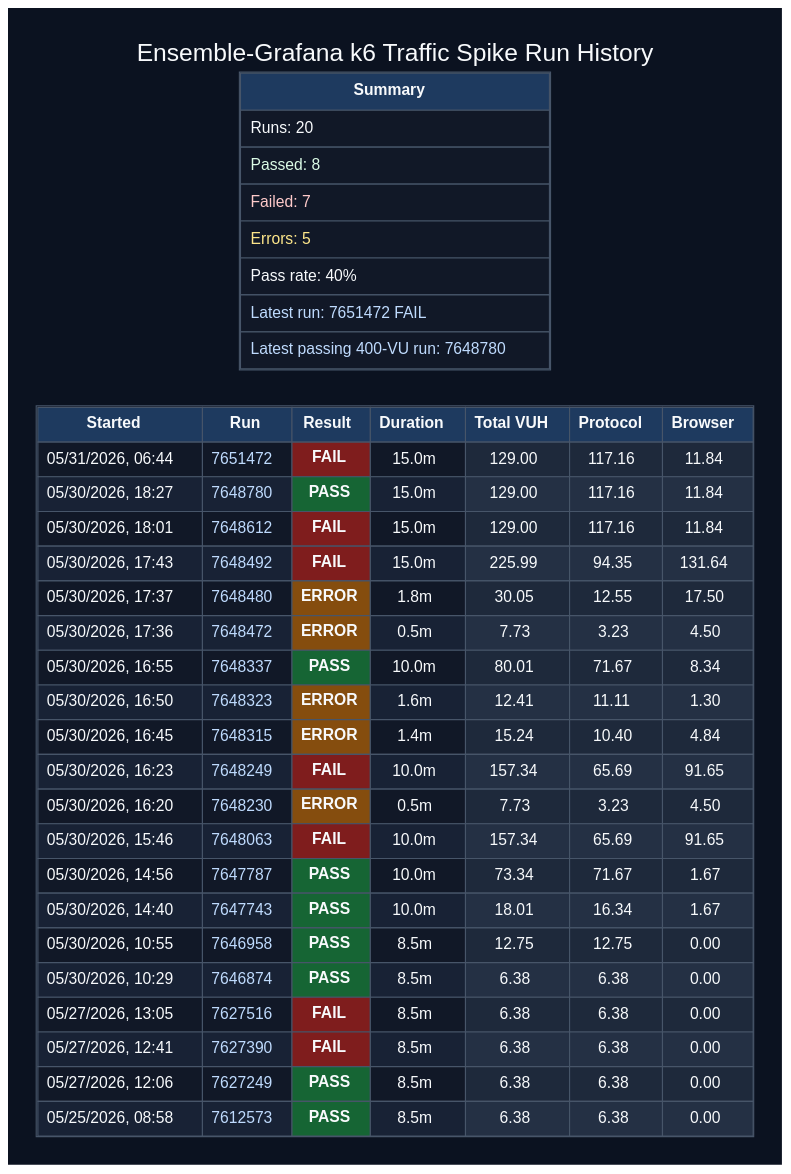
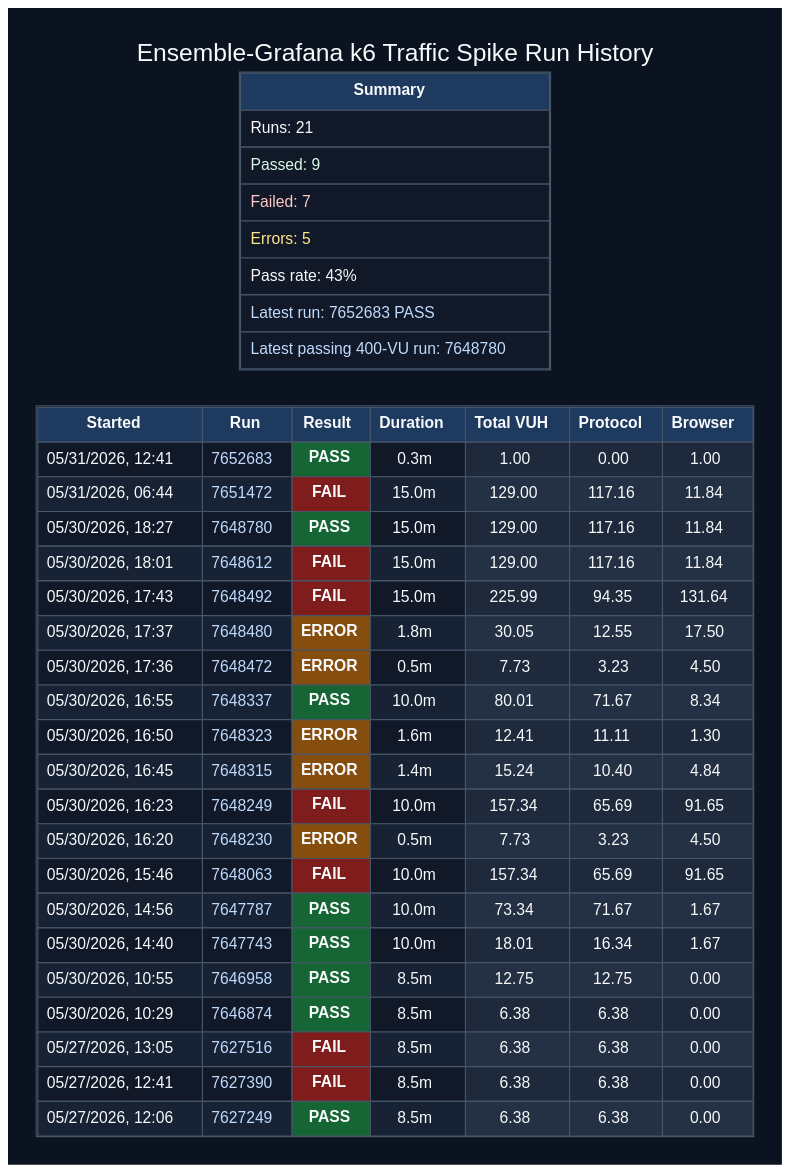
The diagram in docs/graphviz/load-run-table.dot (orenlion1/ensemble-retail), drawn with Graphviz before and after one commit. The commit also changed 23 other files, not shown here.

```diff
--- a/docs/graphviz/load-run-table.dot
+++ b/docs/graphviz/load-run-table.dot
@@ -31,53 +31,107 @@
           <TD BGCOLOR="#1e3a5f"><FONT COLOR="#f8fafc"><B>Browser</B></FONT></TD>
         </TR>
         <TR>
-          <TD BGCOLOR="#111827"><FONT COLOR="#f8fafc">05/31/2026, 06:44</FONT></TD>
-          <TD BGCOLOR="#111827"><FONT COLOR="#bfdbfe">7651472</FONT></TD>
+          <TD BGCOLOR="#111827"><FONT COLOR="#f8fafc">05/31/2026, 12:41</FONT></TD>
+          <TD BGCOLOR="#111827"><FONT COLOR="#bfdbfe">7652683</FONT></TD>
+          <TD BGCOLOR="#166534"><FONT COLOR="#f8fafc"><B>PASS</B></FONT></TD>
+          <TD BGCOLOR="#111827"><FONT COLOR="#f8fafc">0.3m</FONT></TD>
+          <TD BGCOLOR="#1e293b"><FONT COLOR="#f8fafc">1.00</FONT></TD>
+          <TD BGCOLOR="#1e293b"><FONT COLOR="#f8fafc">0.00</FONT></TD>
+          <TD BGCOLOR="#1e293b"><FONT COLOR="#f8fafc">1.00</FONT></TD>
+        </TR>
+        <TR>
+          <TD BGCOLOR="#182235"><FONT COLOR="#f8fafc">05/31/2026, 06:44</FONT></TD>
+          <TD BGCOLOR="#182235"><FONT COLOR="#bfdbfe">7651472</FONT></TD>
           <TD BGCOLOR="#7f1d1d"><FONT COLOR="#f8fafc"><B>FAIL</B></FONT></TD>
+          <TD BGCOLOR="#182235"><FONT COLOR="#f8fafc">15.0m</FONT></TD>
+          <TD BGCOLOR="#243044"><FONT COLOR="#f8fafc">129.00</FONT></TD>
+          <TD BGCOLOR="#243044"><FONT COLOR="#f8fafc">117.16</FONT></TD>
+          <TD BGCOLOR="#243044"><FONT COLOR="#f8fafc">11.84</FONT></TD>
+        </TR>
+        <TR>
+          <TD BGCOLOR="#111827"><FONT COLOR="#f8fafc">05/30/2026, 18:27</FONT></TD>
+          <TD BGCOLOR="#111827"><FONT COLOR="#bfdbfe">7648780</FONT></TD>
+          <TD BGCOLOR="#166534"><FONT COLOR="#f8fafc"><B>PASS</B></FONT></TD>
           <TD BGCOLOR="#111827"><FONT COLOR="#f8fafc">15.0m</FONT></TD>
           <TD BGCOLOR="#1e293b"><FONT COLOR="#f8fafc">129.00</FONT></TD>
           <TD BGCOLOR="#1e293b"><FONT COLOR="#f8fafc">117.16</FONT></TD>
           <TD BGCOLOR="#1e293b"><FONT COLOR="#f8fafc">11.84</FONT></TD>
         </TR>
         <TR>
-          <TD BGCOLOR="#182235"><FONT COLOR="#f8fafc">05/30/2026, 18:27</FONT></TD>
-          <TD BGCOLOR="#182235"><FONT COLOR="#bfdbfe">7648780</FONT></TD>
-          <TD BGCOLOR="#166534"><FONT COLOR="#f8fafc"><B>PASS</B></FONT></TD>
+          <TD BGCOLOR="#182235"><FONT COLOR="#f8fafc">05/30/2026, 18:01</FONT></TD>
+          <TD BGCOLOR="#182235"><FONT COLOR="#bfdbfe">7648612</FONT></TD>
+          <TD BGCOLOR="#7f1d1d"><FONT COLOR="#f8fafc"><B>FAIL</B></FONT></TD>
           <TD BGCOLOR="#182235"><FONT COLOR="#f8fafc">15.0m</FONT></TD>
           <TD BGCOLOR="#243044"><FONT COLOR="#f8fafc">129.00</FONT></TD>
           <TD BGCOLOR="#243044"><FONT COLOR="#f8fafc">117.16</FONT></TD>
           <TD BGCOLOR="#243044"><FONT COLOR="#f8fafc">11.84</FONT></TD>
         </TR>
         <TR>
-          <TD BGCOLOR="#111827"><FONT COLOR="#f8fafc">05/30/2026, 18:01</FONT></TD>
-          <TD BGCOLOR="#111827"><FONT COLOR="#bfdbfe">7648612</FONT></TD>
+          <TD BGCOLOR="#111827"><FONT COLOR="#f8fafc">05/30/2026, 17:43</FONT></TD>
+          <TD BGCOLOR="#111827"><FONT COLOR="#bfdbfe">7648492</FONT></TD>
           <TD BGCOLOR="#7f1d1d"><FONT COLOR="#f8fafc"><B>FAIL</B></FONT></TD>
           <TD BGCOLOR="#111827"><FONT COLOR="#f8fafc">15.0m</FONT></TD>
-          <TD BGCOLOR="#1e293b"><FONT COLOR="#f8fafc">129.00</FONT></TD>
-          <TD BGCOLOR="#1e293b"><FONT COLOR="#f8fafc">117.16</FONT></TD>
-          <TD BGCOLOR="#1e293b"><FONT COLOR="#f8fafc">11.84</FONT></TD>
+          <TD BGCOLOR="#1e293b"><FONT COLOR="#f8fafc">225.99</FONT></TD>
+          <TD BGCOLOR="#1e293b"><FONT COLOR="#f8fafc">94.35</FONT></TD>
+          <TD BGCOLOR="#1e293b"><FONT COLOR="#f8fafc">131.64</FONT></TD>
         </TR>
         <TR>
-          <TD BGCOLOR="#182235"><FONT COLOR="#f8fafc">05/30/2026, 17:43</FONT></TD>
-          <TD BGCOLOR="#182235"><FONT COLOR="#bfdbfe">7648492</FONT></TD>
-          <TD BGCOLOR="#7f1d1d"><FONT COLOR="#f8fafc"><B>FAIL</B></FONT></TD>
-          <TD BGCOLOR="#182235"><FONT COLOR="#f8fafc">15.0m</FONT></TD>
-          <TD BGCOLOR="#243044"><FONT COLOR="#f8fafc">225.99</FONT></TD>
-          <TD BGCOLOR="#243044"><FONT COLOR="#f8fafc">94.35</FONT></TD>
-          <TD BGCOLOR="#243044"><FONT COLOR="#f8fafc">131.64</FONT></TD>
+          <TD BGCOLOR="#182235"><FONT COLOR="#f8fafc">05/30/2026, 17:37</FONT></TD>
+          <TD BGCOLOR="#182235"><FONT COLOR="#bfdbfe">7648480</FONT></TD>
+          <TD BGCOLOR="#854d0e"><FONT COLOR="#f8fafc"><B>ERROR</B></FONT></TD>
+          <TD BGCOLOR="#182235"><FONT COLOR="#f8fafc">1.8m</FONT></TD>
+          <TD BGCOLOR="#243044"><FONT COLOR="#f8fafc">30.05</FONT></TD>
+          <TD BGCOLOR="#243044"><FONT COLOR="#f8fafc">12.55</FONT></TD>
+          <TD BGCOLOR="#243044"><FONT COLOR="#f8fafc">17.50</FONT></TD>
         </TR>
         <TR>
-          <TD BGCOLOR="#111827"><FONT COLOR="#f8fafc">05/30/2026, 17:37</FONT></TD>
-          <TD BGCOLOR="#111827"><FONT COLOR="#bfdbfe">7648480</FONT></TD>
+          <TD BGCOLOR="#111827"><FONT COLOR="#f8fafc">05/30/2026, 17:36</FONT></TD>
+          <TD BGCOLOR="#111827"><FONT COLOR="#bfdbfe">7648472</FONT></TD>
           <TD BGCOLOR="#854d0e"><FONT COLOR="#f8fafc"><B>ERROR</B></FONT></TD>
-          <TD BGCOLOR="#111827"><FONT COLOR="#f8fafc">1.8m</FONT></TD>
-          <TD BGCOLOR="#1e293b"><FONT COLOR="#f8fafc">30.05</FONT></TD>
-          <TD BGCOLOR="#1e293b"><FONT COLOR="#f8fafc">12.55</FONT></TD>
-          <TD BGCOLOR="#1e293b"><FONT COLOR="#f8fafc">17.50</FONT></TD>
+          <TD BGCOLOR="#111827"><FONT COLOR="#f8fafc">0.5m</FONT></TD>
+          <TD BGCOLOR="#1e293b"><FONT COLOR="#f8fafc">7.73</FONT></TD>
+          <TD BGCOLOR="#1e293b"><FONT COLOR="#f8fafc">3.23</FONT></TD>
+          <TD BGCOLOR="#1e293b"><FONT COLOR="#f8fafc">4.50</FONT></TD>
         </TR>
         <TR>
-          <TD BGCOLOR="#182235"><FONT COLOR="#f8fafc">05/30/2026, 17:36</FONT></TD>
-          <TD BGCOLOR="#182235"><FONT COLOR="#bfdbfe">7648472</FONT></TD>
+          <TD BGCOLOR="#182235"><FONT COLOR="#f8fafc">05/30/2026, 16:55</FONT></TD>
+          <TD BGCOLOR="#182235"><FONT COLOR="#bfdbfe">7648337</FONT></TD>
+          <TD BGCOLOR="#166534"><FONT COLOR="#f8fafc"><B>PASS</B></FONT></TD>
+          <TD BGCOLOR="#182235"><FONT COLOR="#f8fafc">10.0m</FONT></TD>
+          <TD BGCOLOR="#243044"><FONT COLOR="#f8fafc">80.01</FONT></TD>
+          <TD BGCOLOR="#243044"><FONT COLOR="#f8fafc">71.67</FONT></TD>
+          <TD BGCOLOR="#243044"><FONT COLOR="#f8fafc">8.34</FONT></TD>
+        </TR>
+        <TR>
+          <TD BGCOLOR="#111827"><FONT COLOR="#f8fafc">05/30/2026, 16:50</FONT></TD>
+          <TD BGCOLOR="#111827"><FONT COLOR="#bfdbfe">7648323</FONT></TD>
+          <TD BGCOLOR="#854d0e"><FONT COLOR="#f8fafc"><B>ERROR</B></FONT></TD>
+          <TD BGCOLOR="#111827"><FONT COLOR="#f8fafc">1.6m</FONT></TD>
+          <TD BGCOLOR="#1e293b"><FONT COLOR="#f8fafc">12.41</FONT></TD>
+          <TD BGCOLOR="#1e293b"><FONT COLOR="#f8fafc">11.11</FONT></TD>
+          <TD BGCOLOR="#1e293b"><FONT COLOR="#f8fafc">1.30</FONT></TD>
+        </TR>
+        <TR>
+          <TD BGCOLOR="#182235"><FONT COLOR="#f8fafc">05/30/2026, 16:45</FONT></TD>
+          <TD BGCOLOR="#182235"><FONT COLOR="#bfdbfe">7648315</FONT></TD>
+          <TD BGCOLOR="#854d0e"><FONT COLOR="#f8fafc"><B>ERROR</B></FONT></TD>
+          <TD BGCOLOR="#182235"><FONT COLOR="#f8fafc">1.4m</FONT></TD>
+          <TD BGCOLOR="#243044"><FONT COLOR="#f8fafc">15.24</FONT></TD>
+          <TD BGCOLOR="#243044"><FONT COLOR="#f8fafc">10.40</FONT></TD>
+          <TD BGCOLOR="#243044"><FONT COLOR="#f8fafc">4.84</FONT></TD>
+        </TR>
+        <TR>
+          <TD BGCOLOR="#111827"><FONT COLOR="#f8fafc">05/30/2026, 16:23</FONT></TD>
+          <TD BGCOLOR="#111827"><FONT COLOR="#bfdbfe">7648249</FONT></TD>
+          <TD BGCOLOR="#7f1d1d"><FONT COLOR="#f8fafc"><B>FAIL</B></FONT></TD>
+          <TD BGCOLOR="#111827"><FONT COLOR="#f8fafc">10.0m</FONT></TD>
+          <TD BGCOLOR="#1e293b"><FONT COLOR="#f8fafc">157.34</FONT></TD>
+          <TD BGCOLOR="#1e293b"><FONT COLOR="#f8fafc">65.69</FONT></TD>
+          <TD BGCOLOR="#1e293b"><FONT COLOR="#f8fafc">91.65</FONT></TD>
+        </TR>
+        <TR>
+          <TD BGCOLOR="#182235"><FONT COLOR="#f8fafc">05/30/2026, 16:20</FONT></TD>
+          <TD BGCOLOR="#182235"><FONT COLOR="#bfdbfe">7648230</FONT></TD>
           <TD BGCOLOR="#854d0e"><FONT COLOR="#f8fafc"><B>ERROR</B></FONT></TD>
           <TD BGCOLOR="#182235"><FONT COLOR="#f8fafc">0.5m</FONT></TD>
           <TD BGCOLOR="#243044"><FONT COLOR="#f8fafc">7.73</FONT></TD>
@@ -85,98 +139,62 @@
           <TD BGCOLOR="#243044"><FONT COLOR="#f8fafc">4.50</FONT></TD>
         </TR>
         <TR>
-          <TD BGCOLOR="#111827"><FONT COLOR="#f8fafc">05/30/2026, 16:55</FONT></TD>
-          <TD BGCOLOR="#111827"><FONT COLOR="#bfdbfe">7648337</FONT></TD>
+          <TD BGCOLOR="#111827"><FONT COLOR="#f8fafc">05/30/2026, 15:46</FONT></TD>
+          <TD BGCOLOR="#111827"><FONT COLOR="#bfdbfe">7648063</FONT></TD>
+          <TD BGCOLOR="#7f1d1d"><FONT COLOR="#f8fafc"><B>FAIL</B></FONT></TD>
+          <TD BGCOLOR="#111827"><FONT COLOR="#f8fafc">10.0m</FONT></TD>
+          <TD BGCOLOR="#1e293b"><FONT COLOR="#f8fafc">157.34</FONT></TD>
+          <TD BGCOLOR="#1e293b"><FONT COLOR="#f8fafc">65.69</FONT></TD>
+          <TD BGCOLOR="#1e293b"><FONT COLOR="#f8fafc">91.65</FONT></TD>
+        </TR>
+        <TR>
+          <TD BGCOLOR="#182235"><FONT COLOR="#f8fafc">05/30/2026, 14:56</FONT></TD>
+          <TD BGCOLOR="#182235"><FONT COLOR="#bfdbfe">7647787</FONT></TD>
+          <TD BGCOLOR="#166534"><FONT COLOR="#f8fafc"><B>PASS</B></FONT></TD>
+          <TD BGCOLOR="#182235"><FONT COLOR="#f8fafc">10.0m</FONT></TD>
+          <TD BGCOLOR="#243044"><FONT COLOR="#f8fafc">73.34</FONT></TD>
+          <TD BGCOLOR="#243044"><FONT COLOR="#f8fafc">71.67</FONT></TD>
+          <TD BGCOLOR="#243044"><FONT COLOR="#f8fafc">1.67</FONT></TD>
+        </TR>
+        <TR>
+          <TD BGCOLOR="#111827"><FONT COLOR="#f8fafc">05/30/2026, 14:40</FONT></TD>
+          <TD BGCOLOR="#111827"><FONT COLOR="#bfdbfe">7647743</FONT></TD>
           <TD BGCOLOR="#166534"><FONT COLOR="#f8fafc"><B>PASS</B></FONT></TD>
           <TD BGCOLOR="#111827"><FONT COLOR="#f8fafc">10.0m</FONT></TD>
-          <TD BGCOLOR="#1e293b"><FONT COLOR="#f8fafc">80.01</FONT></TD>
-          <TD BGCOLOR="#1e293b"><FONT COLOR="#f8fafc">71.67</FONT></TD>
-          <TD BGCOLOR="#1e293b"><FONT COLOR="#f8fafc">8.34</FONT></TD>
-        </TR>
-        <TR>
-          <TD BGCOLOR="#182235"><FONT COLOR="#f8fafc">05/30/2026, 16:50</FONT></TD>
-          <TD BGCOLOR="#182235"><FONT COLOR="#bfdbfe">7648323</FONT></TD>
-          <TD BGCOLOR="#854d0e"><FONT COLOR="#f8fafc"><B>ERROR</B></FONT></TD>
-          <TD BGCOLOR="#182235"><FONT COLOR="#f8fafc">1.6m</FONT></TD>
-          <TD BGCOLOR="#243044"><FONT COLOR="#f8fafc">12.41</FONT></TD>
-          <TD BGCOLOR="#243044"><FONT COLOR="#f8fafc">11.11</FONT></TD>
-          <TD BGCOLOR="#243044"><FONT COLOR="#f8fafc">1.30</FONT></TD>
-        </TR>
-        <TR>
-          <TD BGCOLOR="#111827"><FONT COLOR="#f8fafc">05/30/2026, 16:45</FONT></TD>
-          <TD BGCOLOR="#111827"><FONT COLOR="#bfdbfe">7648315</FONT></TD>
-          <TD BGCOLOR="#854d0e"><FONT COLOR="#f8fafc"><B>ERROR</B></FONT></TD>
-          <TD BGCOLOR="#111827"><FONT COLOR="#f8fafc">1.4m</FONT></TD>
-          <TD BGCOLOR="#1e293b"><FONT COLOR="#f8fafc">15.24</FONT></TD>
-          <TD BGCOLOR="#1e293b"><FONT COLOR="#f8fafc">10.40</FONT></TD>
-          <TD BGCOLOR="#1e293b"><FONT COLOR="#f8fafc">4.84</FONT></TD>
-        </TR>
-        <TR>
-          <TD BGCOLOR="#182235"><FONT COLOR="#f8fafc">05/30/2026, 16:23</FONT></TD>
-          <TD BGCOLOR="#182235"><FONT COLOR="#bfdbfe">7648249</FONT></TD>
-          <TD BGCOLOR="#7f1d1d"><FONT COLOR="#f8fafc"><B>FAIL</B></FONT></TD>
-          <TD BGCOLOR="#182235"><FONT COLOR="#f8fafc">10.0m</FONT></TD>
-          <TD BGCOLOR="#243044"><FONT COLOR="#f8fafc">157.34</FONT></TD>
-          <TD BGCOLOR="#243044"><FONT COLOR="#f8fafc">65.69</FONT></TD>
-          <TD BGCOLOR="#243044"><FONT COLOR="#f8fafc">91.65</FONT></TD>
-        </TR>
-        <TR>
-          <TD BGCOLOR="#111827"><FONT COLOR="#f8fafc">05/30/2026, 16:20</FONT></TD>
-          <TD BGCOLOR="#111827"><FONT COLOR="#bfdbfe">7648230</FONT></TD>
-          <TD BGCOLOR="#854d0e"><FONT COLOR="#f8fafc"><B>ERROR</B></FONT></TD>
-          <TD BGCOLOR="#111827"><FONT COLOR="#f8fafc">0.5m</FONT></TD>
-          <TD BGCOLOR="#1e293b"><FONT COLOR="#f8fafc">7.73</FONT></TD>
-          <TD BGCOLOR="#1e293b"><FONT COLOR="#f8fafc">3.23</FONT></TD>
-          <TD BGCOLOR="#1e293b"><FONT COLOR="#f8fafc">4.50</FONT></TD>
-        </TR>
-        <TR>
-          <TD BGCOLOR="#182235"><FONT COLOR="#f8fafc">05/30/2026, 15:46</FONT></TD>
-          <TD BGCOLOR="#182235"><FONT COLOR="#bfdbfe">7648063</FONT></TD>
-          <TD BGCOLOR="#7f1d1d"><FONT COLOR="#f8fafc"><B>FAIL</B></FONT></TD>
-          <TD BGCOLOR="#182235"><FONT COLOR="#f8fafc">10.0m</FONT></TD>
-          <TD BGCOLOR="#243044"><FONT COLOR="#f8fafc">157.34</FONT></TD>
-          <TD BGCOLOR="#243044"><FONT COLOR="#f8fafc">65.69</FONT></TD>
-          <TD BGCOLOR="#243044"><FONT COLOR="#f8fafc">91.65</FONT></TD>
-        </TR>
-        <TR>
-          <TD BGCOLOR="#111827"><FONT COLOR="#f8fafc">05/30/2026, 14:56</FONT></TD>
-          <TD BGCOLOR="#111827"><FONT COLOR="#bfdbfe">7647787</FONT></TD>
-          <TD BGCOLOR="#166534"><FONT COLOR="#f8fafc"><B>PASS</B></FONT></TD>
-          <TD BGCOLOR="#111827"><FONT COLOR="#f8fafc">10.0m</FONT></TD>
-          <TD BGCOLOR="#1e293b"><FONT COLOR="#f8fafc">73.34</FONT></TD>
-          <TD BGCOLOR="#1e293b"><FONT COLOR="#f8fafc">71.67</FONT></TD>
+          <TD BGCOLOR="#1e293b"><FONT COLOR="#f8fafc">18.01</FONT></TD>
+          <TD BGCOLOR="#1e293b"><FONT COLOR="#f8fafc">16.34</FONT></TD>
           <TD BGCOLOR="#1e293b"><FONT COLOR="#f8fafc">1.67</FONT></TD>
         </TR>
         <TR>
-          <TD BGCOLOR="#182235"><FONT COLOR="#f8fafc">05/30/2026, 14:40</FONT></TD>
-          <TD BGCOLOR="#182235"><FONT COLOR="#bfdbfe">7647743</FONT></TD>
+          <TD BGCOLOR="#182235"><FONT COLOR="#f8fafc">05/30/2026, 10:55</FONT></TD>
+          <TD BGCOLOR="#182235"><FONT COLOR="#bfdbfe">7646958</FONT></TD>
           <TD BGCOLOR="#166534"><FONT COLOR="#f8fafc"><B>PASS</B></FONT></TD>
-          <TD BGCOLOR="#182235"><FONT COLOR="#f8fafc">10.0m</FONT></TD>
-          <TD BGCOLOR="#243044"><FONT COLOR="#f8fafc">18.01</FONT></TD>
-          <TD BGCOLOR="#243044"><FONT COLOR="#f8fafc">16.34</FONT></TD>
-          <TD BGCOLOR="#243044"><FONT COLOR="#f8fafc">1.67</FONT></TD>
+          <TD BGCOLOR="#182235"><FONT COLOR="#f8fafc">8.5m</FONT></TD>
+          <TD BGCOLOR="#243044"><FONT COLOR="#f8fafc">12.75</FONT></TD>
+          <TD BGCOLOR="#243044"><FONT COLOR="#f8fafc">12.75</FONT></TD>
+          <TD BGCOLOR="#243044"><FONT COLOR="#f8fafc">0.00</FONT></TD>
         </TR>
         <TR>
-          <TD BGCOLOR="#111827"><FONT COLOR="#f8fafc">05/30/2026, 10:55</FONT></TD>
-          <TD BGCOLOR="#111827"><FONT COLOR="#bfdbfe">7646958</FONT></TD>
+          <TD BGCOLOR="#111827"><FONT COLOR="#f8fafc">05/30/2026, 10:29</FONT></TD>
+          <TD BGCOLOR="#111827"><FONT COLOR="#bfdbfe">7646874</FONT></TD>
           <TD BGCOLOR="#166534"><FONT COLOR="#f8fafc"><B>PASS</B></FONT></TD>
           <TD BGCOLOR="#111827"><FONT COLOR="#f8fafc">8.5m</FONT></TD>
-          <TD BGCOLOR="#1e293b"><FONT COLOR="#f8fafc">12.75</FONT></TD>
-          <TD BGCOLOR="#1e293b"><FONT COLOR="#f8fafc">12.75</FONT></TD>
+          <TD BGCOLOR="#1e293b"><FONT COLOR="#f8fafc">6.38</FONT></TD>
+          <TD BGCOLOR="#1e293b"><FONT COLOR="#f8fafc">6.38</FONT></TD>
           <TD BGCOLOR="#1e293b"><FONT COLOR="#f8fafc">0.00</FONT></TD>
         </TR>
         <TR>
-          <TD BGCOLOR="#182235"><FONT COLOR="#f8fafc">05/30/2026, 10:29</FONT></TD>
-          <TD BGCOLOR="#182235"><FONT COLOR="#bfdbfe">7646874</FONT></TD>
-          <TD BGCOLOR="#166534"><FONT COLOR="#f8fafc"><B>PASS</B></FONT></TD>
+          <TD BGCOLOR="#182235"><FONT COLOR="#f8fafc">05/27/2026, 13:05</FONT></TD>
+          <TD BGCOLOR="#182235"><FONT COLOR="#bfdbfe">7627516</FONT></TD>
+          <TD BGCOLOR="#7f1d1d"><FONT COLOR="#f8fafc"><B>FAIL</B></FONT></TD>
           <TD BGCOLOR="#182235"><FONT COLOR="#f8fafc">8.5m</FONT></TD>
           <TD BGCOLOR="#243044"><FONT COLOR="#f8fafc">6.38</FONT></TD>
           <TD BGCOLOR="#243044"><FONT COLOR="#f8fafc">6.38</FONT></TD>
           <TD BGCOLOR="#243044"><FONT COLOR="#f8fafc">0.00</FONT></TD>
         </TR>
         <TR>
-          <TD BGCOLOR="#111827"><FONT COLOR="#f8fafc">05/27/2026, 13:05</FONT></TD>
-          <TD BGCOLOR="#111827"><FONT COLOR="#bfdbfe">7627516</FONT></TD>
+          <TD BGCOLOR="#111827"><FONT COLOR="#f8fafc">05/27/2026, 12:41</FONT></TD>
+          <TD BGCOLOR="#111827"><FONT COLOR="#bfdbfe">7627390</FONT></TD>
           <TD BGCOLOR="#7f1d1d"><FONT COLOR="#f8fafc"><B>FAIL</B></FONT></TD>
           <TD BGCOLOR="#111827"><FONT COLOR="#f8fafc">8.5m</FONT></TD>
           <TD BGCOLOR="#1e293b"><FONT COLOR="#f8fafc">6.38</FONT></TD>
@@ -184,26 +202,8 @@
           <TD BGCOLOR="#1e293b"><FONT COLOR="#f8fafc">0.00</FONT></TD>
         </TR>
         <TR>
-          <TD BGCOLOR="#182235"><FONT COLOR="#f8fafc">05/27/2026, 12:41</FONT></TD>
-          <TD BGCOLOR="#182235"><FONT COLOR="#bfdbfe">7627390</FONT></TD>
-          <TD BGCOLOR="#7f1d1d"><FONT COLOR="#f8fafc"><B>FAIL</B></FONT></TD>
-          <TD BGCOLOR="#182235"><FONT COLOR="#f8fafc">8.5m</FONT></TD>
-          <TD BGCOLOR="#243044"><FONT COLOR="#f8fafc">6.38</FONT></TD>
-          <TD BGCOLOR="#243044"><FONT COLOR="#f8fafc">6.38</FONT></TD>
-          <TD BGCOLOR="#243044"><FONT COLOR="#f8fafc">0.00</FONT></TD>
-        </TR>
-        <TR>
-          <TD BGCOLOR="#111827"><FONT COLOR="#f8fafc">05/27/2026, 12:06</FONT></TD>
-          <TD BGCOLOR="#111827"><FONT COLOR="#bfdbfe">7627249</FONT></TD>
-          <TD BGCOLOR="#166534"><FONT COLOR="#f8fafc"><B>PASS</B></FONT></TD>
-          <TD BGCOLOR="#111827"><FONT COLOR="#f8fafc">8.5m</FONT></TD>
-          <TD BGCOLOR="#1e293b"><FONT COLOR="#f8fafc">6.38</FONT></TD>
-          <TD BGCOLOR="#1e293b"><FONT COLOR="#f8fafc">6.38</FONT></TD>
-          <TD BGCOLOR="#1e293b"><FONT COLOR="#f8fafc">0.00</FONT></TD>
-        </TR>
-        <TR>
-          <TD BGCOLOR="#182235"><FONT COLOR="#f8fafc">05/25/2026, 08:58</FONT></TD>
-          <TD BGCOLOR="#182235"><FONT COLOR="#bfdbfe">7612573</FONT></TD>
+          <TD BGCOLOR="#182235"><FONT COLOR="#f8fafc">05/27/2026, 12:06</FONT></TD>
+          <TD BGCOLOR="#182235"><FONT COLOR="#bfdbfe">7627249</FONT></TD>
           <TD BGCOLOR="#166534"><FONT COLOR="#f8fafc"><B>PASS</B></FONT></TD>
           <TD BGCOLOR="#182235"><FONT COLOR="#f8fafc">8.5m</FONT></TD>
           <TD BGCOLOR="#243044"><FONT COLOR="#f8fafc">6.38</FONT></TD>
@@ -218,12 +218,12 @@
     label=<
       <TABLE BORDER="1" CELLBORDER="1" CELLSPACING="0" CELLPADDING="8" COLOR="#475569">
         <TR><TD BGCOLOR="#1e3a5f"><FONT COLOR="#f8fafc"><B>Summary</B></FONT></TD></TR>
-        <TR><TD BGCOLOR="#111827" ALIGN="LEFT"><FONT COLOR="#f8fafc">Runs: 20</FONT></TD></TR>
-        <TR><TD BGCOLOR="#111827" ALIGN="LEFT"><FONT COLOR="#dcfce7">Passed: 8</FONT></TD></TR>
+        <TR><TD BGCOLOR="#111827" ALIGN="LEFT"><FONT COLOR="#f8fafc">Runs: 21</FONT></TD></TR>
+        <TR><TD BGCOLOR="#111827" ALIGN="LEFT"><FONT COLOR="#dcfce7">Passed: 9</FONT></TD></TR>
         <TR><TD BGCOLOR="#111827" ALIGN="LEFT"><FONT COLOR="#fecaca">Failed: 7</FONT></TD></TR>
         <TR><TD BGCOLOR="#111827" ALIGN="LEFT"><FONT COLOR="#fde68a">Errors: 5</FONT></TD></TR>
-        <TR><TD BGCOLOR="#111827" ALIGN="LEFT"><FONT COLOR="#f8fafc">Pass rate: 40%</FONT></TD></TR>
-        <TR><TD BGCOLOR="#111827" ALIGN="LEFT"><FONT COLOR="#bfdbfe">Latest run: 7651472 FAIL</FONT></TD></TR>
+        <TR><TD BGCOLOR="#111827" ALIGN="LEFT"><FONT COLOR="#f8fafc">Pass rate: 43%</FONT></TD></TR>
+        <TR><TD BGCOLOR="#111827" ALIGN="LEFT"><FONT COLOR="#bfdbfe">Latest run: 7652683 PASS</FONT></TD></TR>
         <TR><TD BGCOLOR="#111827" ALIGN="LEFT"><FONT COLOR="#bfdbfe">Latest passing 400-VU run: 7648780</FONT></TD></TR>
       </TABLE>
     >
```
